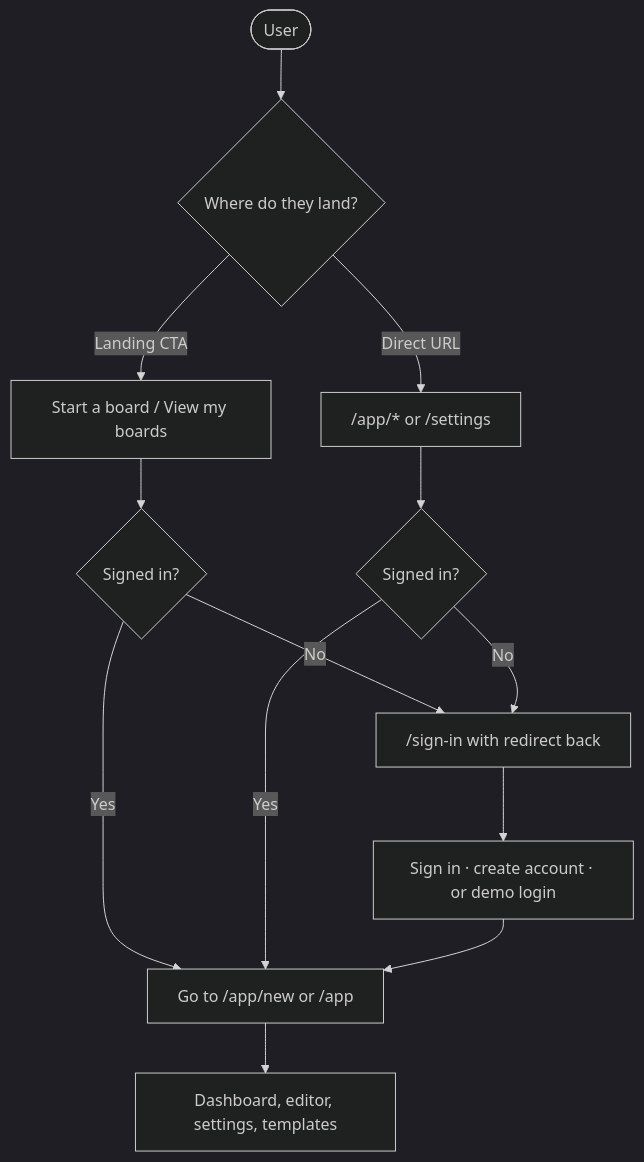
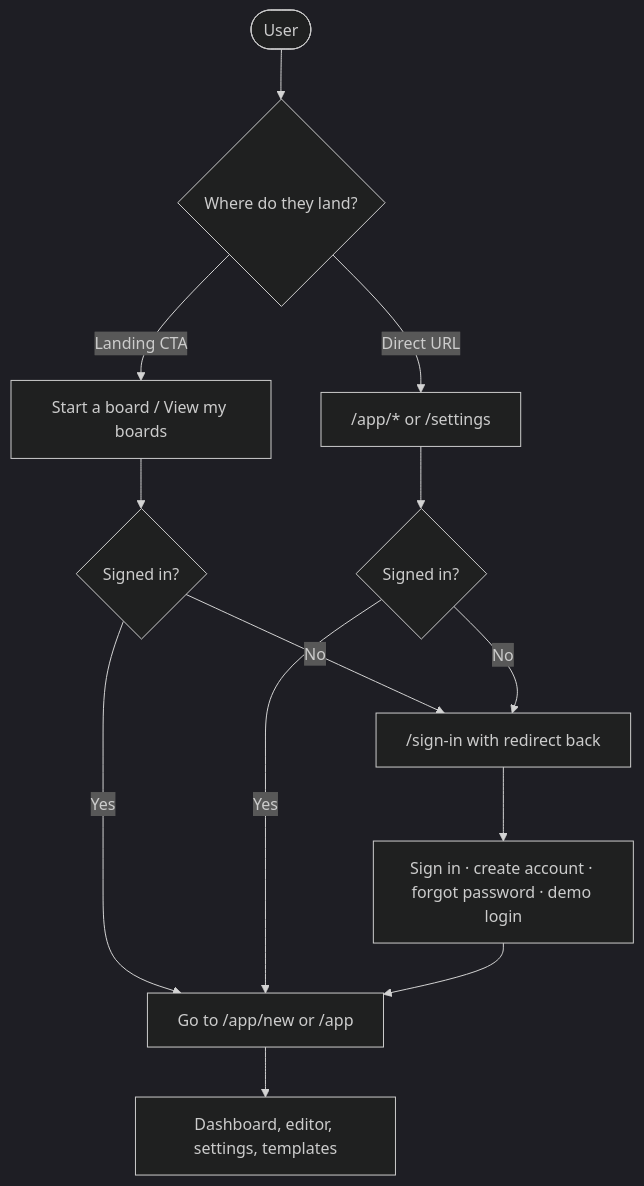
The fifth of 7 diagrams in README.md (NehangPatel23/Moodboard-AI), drawn with Mermaid (dark theme) before and after one commit. The commit also changed other lines of this file and 16 other files, not shown here.

````diff
--- a/README.md
+++ b/README.md
@@ -255,20 +262,20 @@
 ```mermaid
 flowchart TD
   user(["User"]) --> entry{"Where do they land?"}
 
   entry -->|Landing CTA| cta["Start a board / View my boards"]
   entry -->|Direct URL| route["/app/* or /settings"]
 
   cta --> authed1{"Signed in?"}
   route --> authed2{"Signed in?"}
 
   authed1 -->|No| signin["/sign-in with redirect back"]
   authed2 -->|No| signin
   authed1 -->|Yes| dest["Go to /app/new or /app"]
   authed2 -->|Yes| dest
 
-  signin --> creds["Sign in · create account · or demo login"]
+  signin --> creds["Sign in · create account · forgot password · demo login"]
   creds --> dest
 
   dest --> workspace["Dashboard, editor, settings, templates"]
 ```
````
